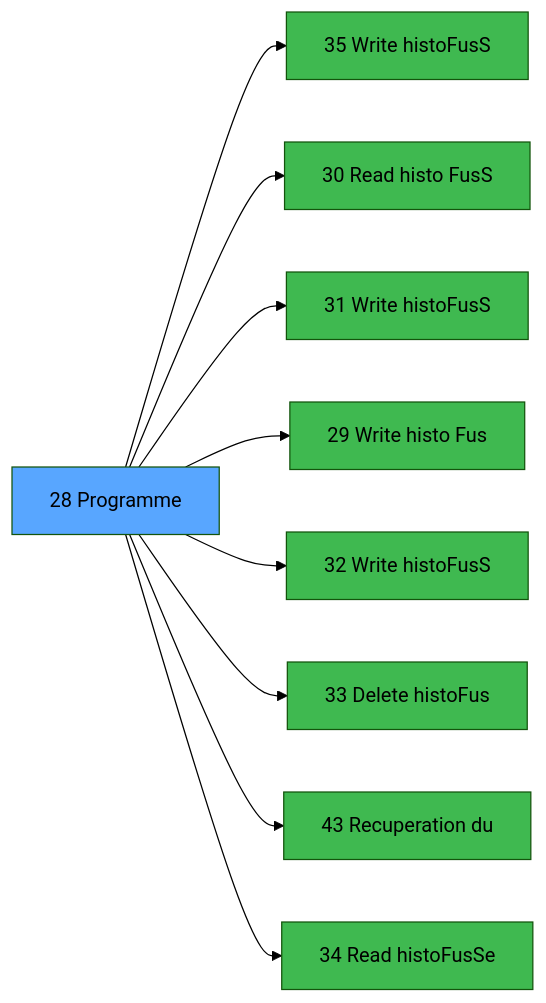
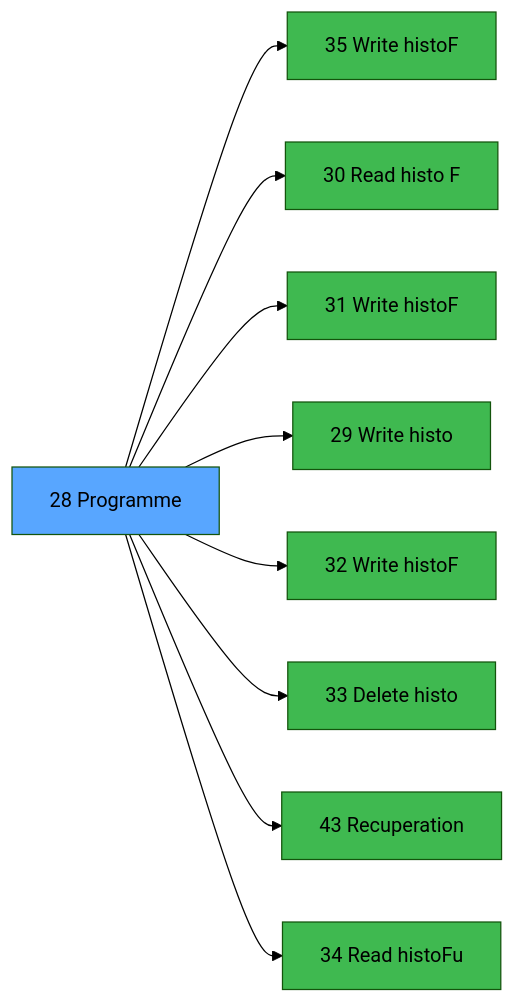
One commit to thonyAGP/magic-migration changed the third of 3 diagrams in .openspec/specs/ADH-IDE-28.md. Above: the diagram before and after it, drawn with Mermaid (forest theme). The commit also changed other lines of this file and 323 other files, not shown here.

````diff
--- a/.openspec/specs/ADH-IDE-28.md
+++ b/.openspec/specs/ADH-IDE-28.md
@@ -208,29 +240,29 @@
 ```mermaid
 graph LR
     T[28 Programme]
-    C35[35 Write histoFusS]
+    C35[35 Write histoF]
     T --> C35
-    C30[30 Read histo FusS]
+    C30[30 Read histo F]
     T --> C30
-    C31[31 Write histoFusS]
+    C31[31 Write histoF]
     T --> C31
-    C29[29 Write histo Fus]
+    C29[29 Write histo ]
     T --> C29
-    C32[32 Write histoFusS]
+    C32[32 Write histoF]
     T --> C32
-    C33[33 Delete histoFus]
+    C33[33 Delete histo]
     T --> C33
-    C43[43 Recuperation du]
+    C43[43 Recuperation]
     T --> C43
-    C34[34 Read histoFusSe]
+    C34[34 Read histoFu]
     T --> C34
     style T fill:#58a6ff,color:#000
     style C35 fill:#3fb950
     style C30 fill:#3fb950
     style C31 fill:#3fb950
     style C29 fill:#3fb950
     style C32 fill:#3fb950
     style C33 fill:#3fb950
     style C43 fill:#3fb950
     style C34 fill:#3fb950
 ```
````
